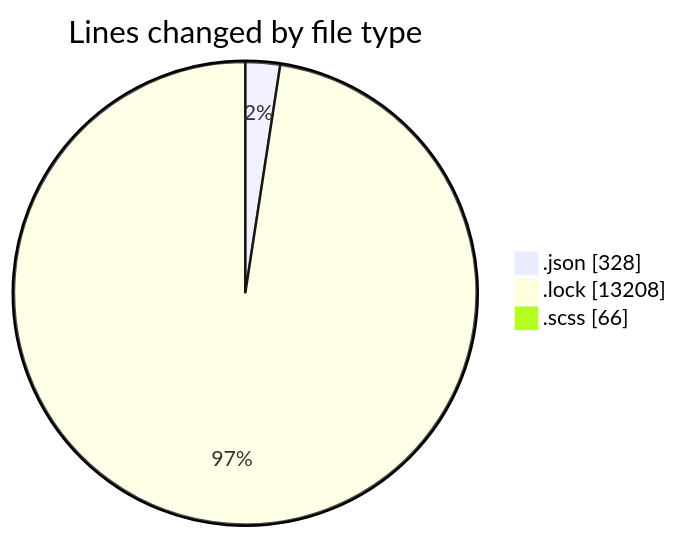
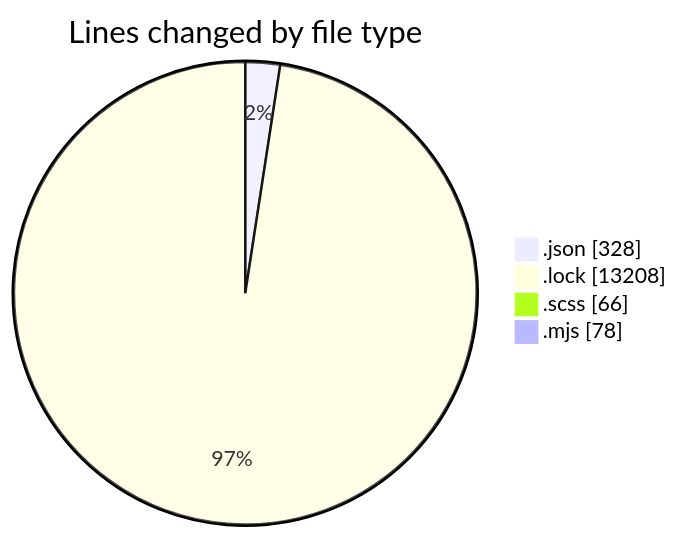
The first of 2 diagrams in 2026-01-26/cda/README.md (momahboobian/code-tracking), drawn with Mermaid before and after one commit. The commit also changed other lines of this file and 1 other file, not shown here.

````diff
--- a/2026-01-26/cda/README.md
+++ b/2026-01-26/cda/README.md
@@ -25,7 +26,8 @@
 ```mermaid
 pie showData
 title Lines changed by file type
 ".json" : 328
 ".lock" : 13208
 ".scss" : 66
+".mjs" : 78
 ```
````
